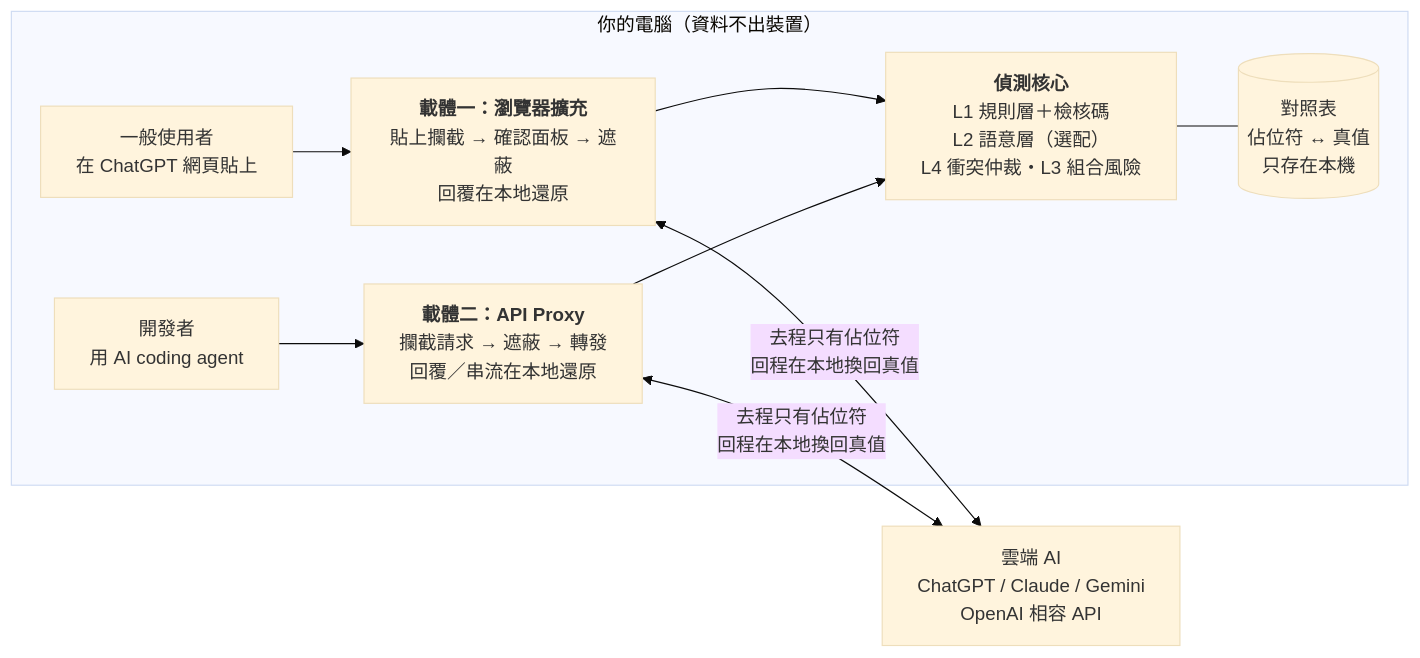
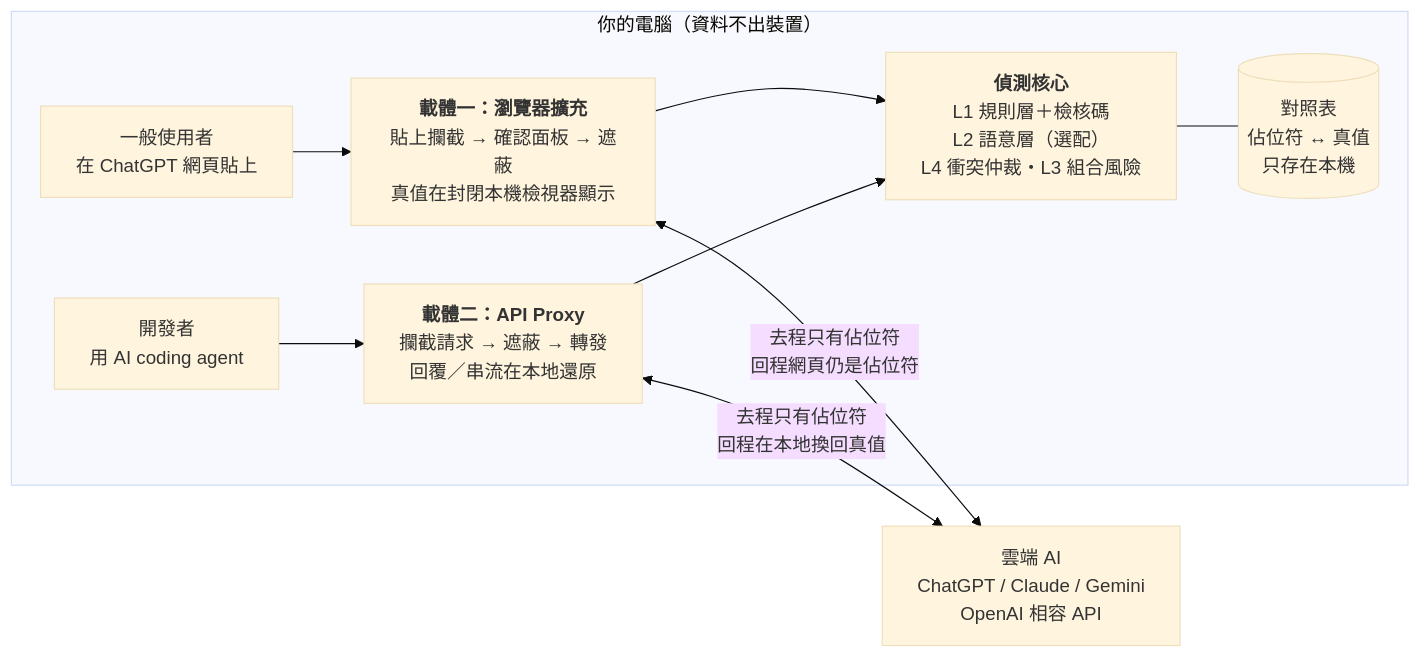
Before and after one commit to JustinGNPS/tw-pii-filter: the first of 8 diagrams in docs/流程圖與工作流.md, drawn with Mermaid (base theme). The commit also changed other lines of this file and 2 other files, not shown here.

````diff
--- a/docs/流程圖與工作流.md
+++ b/docs/流程圖與工作流.md
@@ -27,13 +27,13 @@
 ```mermaid
 flowchart LR
     subgraph LOCAL["你的電腦（資料不出裝置）"]
-        U1["一般使用者<br/>在 ChatGPT 網頁貼上"] --> EXT["<b>載體一：瀏覽器擴充</b><br/>貼上攔截 → 確認面板 → 遮蔽<br/>回覆在本地還原"]
+        U1["一般使用者<br/>在 ChatGPT 網頁貼上"] --> EXT["<b>載體一：瀏覽器擴充</b><br/>貼上攔截 → 確認面板 → 遮蔽<br/>真值在封閉本機檢視器顯示"]
         U2["開發者<br/>用 AI coding agent"] --> PROXY["<b>載體二：API Proxy</b><br/>攔截請求 → 遮蔽 → 轉發<br/>回覆／串流在本地還原"]
         EXT --> CORE["<b>偵測核心</b><br/>L1 規則層＋檢核碼<br/>L2 語意層（選配）<br/>L4 衝突仲裁・L3 組合風險"]
         PROXY --> CORE
         CORE --- MAP[("對照表<br/>佔位符 ↔ 真值<br/>只存在本機")]
     end
 
-    EXT <-- "去程只有佔位符<br/>回程在本地換回真值" --> CLOUD["雲端 AI<br/>ChatGPT / Claude / Gemini<br/>OpenAI 相容 API"]
+    EXT <-- "去程只有佔位符<br/>回程網頁仍是佔位符" --> CLOUD["雲端 AI<br/>ChatGPT / Claude / Gemini<br/>OpenAI 相容 API"]
     PROXY <-- "去程只有佔位符<br/>回程在本地換回真值" --> CLOUD
 ```
````
